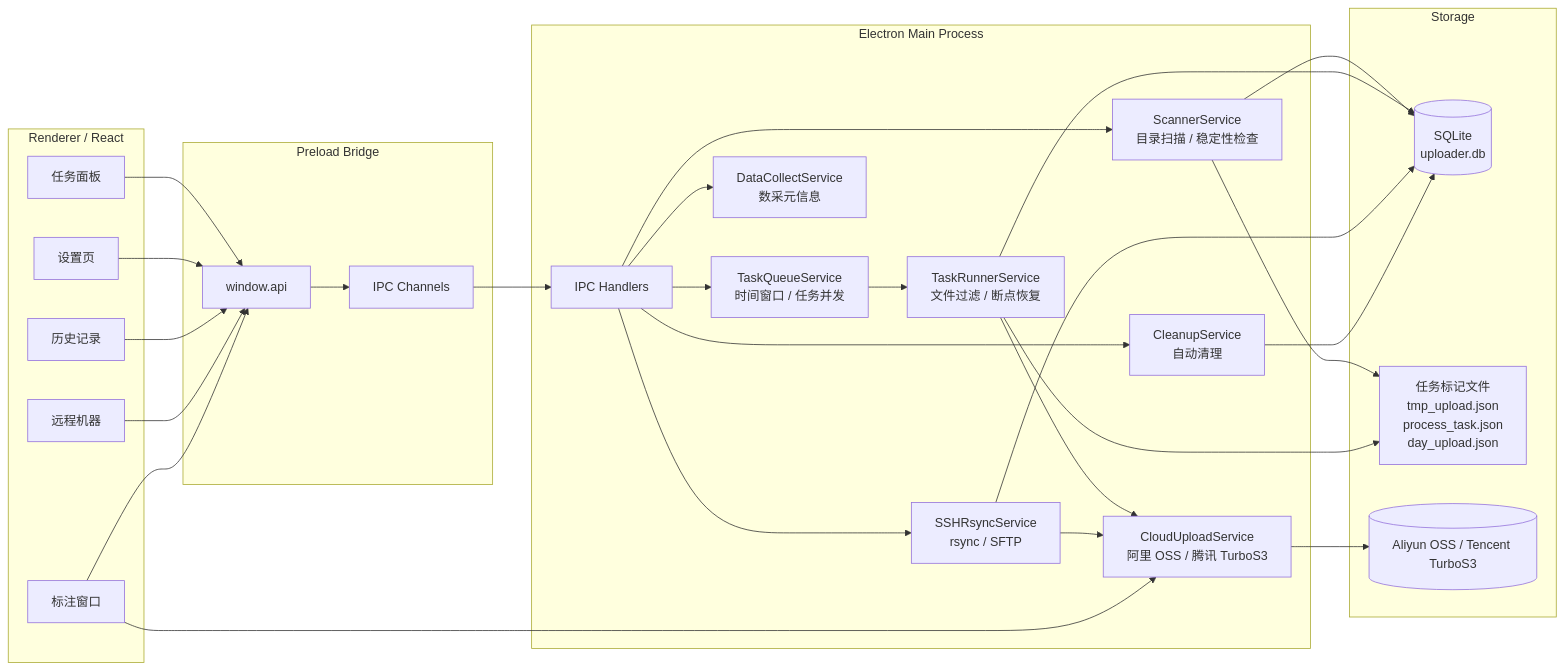
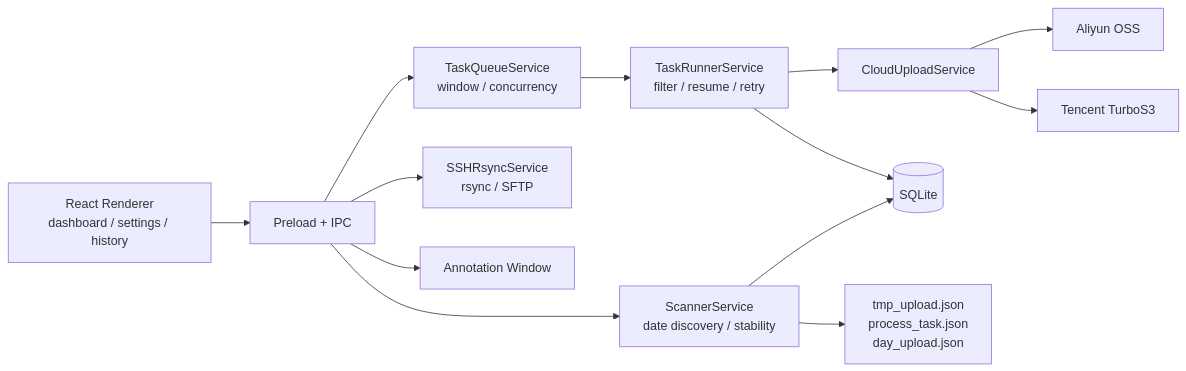
Before and after one commit to MzKyle/Auto-Upload-Studio: the diagram in README.md, drawn with Mermaid. The commit also changed other lines of this file and 33 other files, not shown here.

````diff
--- a/README.md
+++ b/README.md
@@ -51,55 +126,15 @@
 ```mermaid
 flowchart LR
-  subgraph Renderer["Renderer / React"]
-    Dashboard["任务面板"]
-    Settings["设置页"]
-    History["历史记录"]
-    Remote["远程机器"]
-    Annotation["标注窗口"]
-  end
-
-  subgraph Bridge["Preload Bridge"]
-    IPCClient["window.api"]
-    Channels["IPC Channels"]
-  end
-
-  subgraph Main["Electron Main Process"]
-    IPC["IPC Handlers"]
-    Scanner["ScannerService<br/>目录扫描 / 稳定性检查"]
-    Queue["TaskQueueService<br/>时间窗口 / 任务并发"]
-    Runner["TaskRunnerService<br/>文件过滤 / 断点恢复"]
-    OSS["CloudUploadService<br/>阿里 OSS / 腾讯 TurboS3"]
-    SSH["SSHRsyncService<br/>rsync / SFTP"]
-    DataCollect["DataCollectService<br/>数采元信息"]
-    Cleanup["CleanupService<br/>自动清理"]
-  end
-
-  subgraph Storage["Storage"]
-    SQLite[("SQLite<br/>uploader.db")]
-    Marker["任务标记文件<br/>tmp_upload.json<br/>process_task.json<br/>day_upload.json"]
-    Cloud[("Aliyun OSS / Tencent TurboS3")]
-  end
-
-  Dashboard --> IPCClient
-  Settings --> IPCClient
-  History --> IPCClient
-  Remote --> IPCClient
-  Annotation --> IPCClient
-  IPCClient --> Channels --> IPC
-  IPC --> Scanner
-  IPC --> Queue
-  IPC --> SSH
-  IPC --> DataCollect
-  IPC --> Cleanup
-  Queue --> Runner
-  Runner --> OSS
-  SSH --> OSS
-  Annotation --> OSS
-  Scanner --> SQLite
-  Runner --> SQLite
-  SSH --> SQLite
-  Cleanup --> SQLite
-  Scanner --> Marker
-  Runner --> Marker
-  OSS --> Cloud
+  UI["React Renderer<br/>dashboard / settings / history"] --> IPC["Preload + IPC"]
+  IPC --> Scanner["ScannerService<br/>date discovery / stability"]
+  IPC --> Queue["TaskQueueService<br/>window / concurrency"]
+  Queue --> Runner["TaskRunnerService<br/>filter / resume / retry"]
+  Runner --> Cloud["CloudUploadService"]
+  Cloud --> Aliyun["Aliyun OSS"]
+  Cloud --> Tencent["Tencent TurboS3"]
+  IPC --> Remote["SSHRsyncService<br/>rsync / SFTP"]
+  IPC --> Annotation["Annotation Window"]
+  Scanner --> DB[("SQLite")]
+  Runner --> DB
+  Scanner --> Marker["tmp_upload.json<br/>process_task.json<br/>day_upload.json"]
 ```
````
